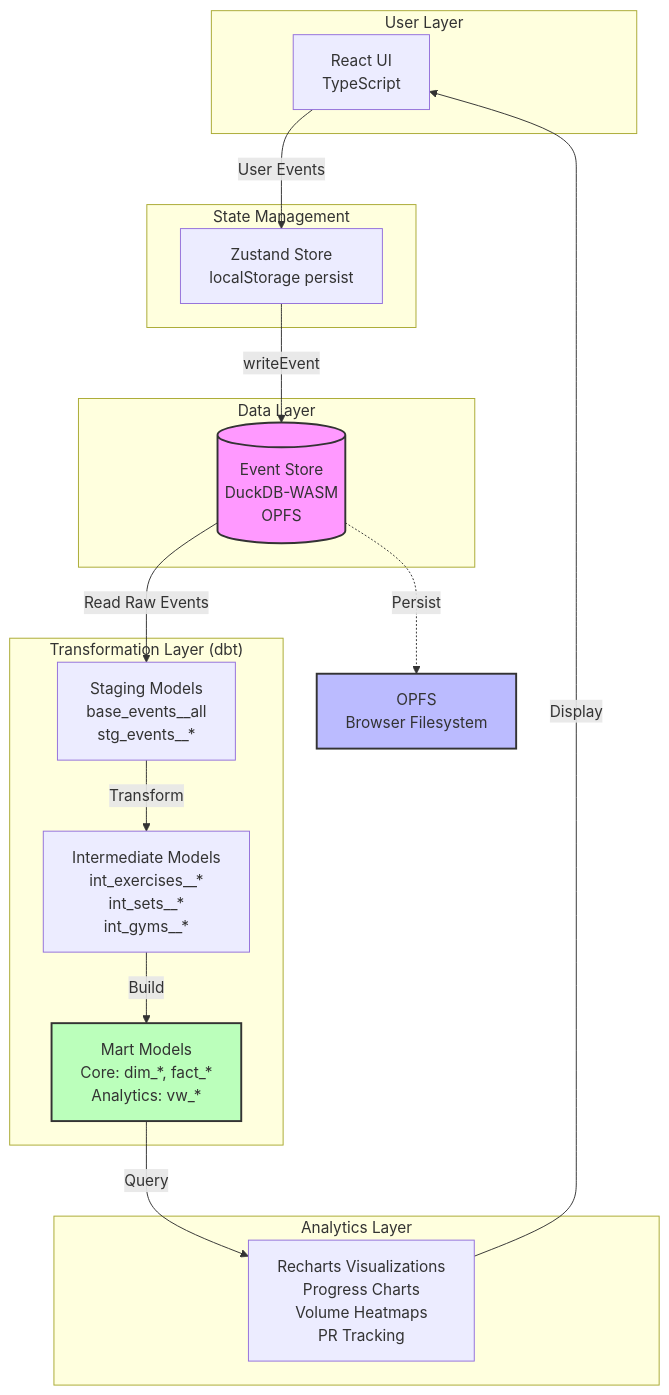
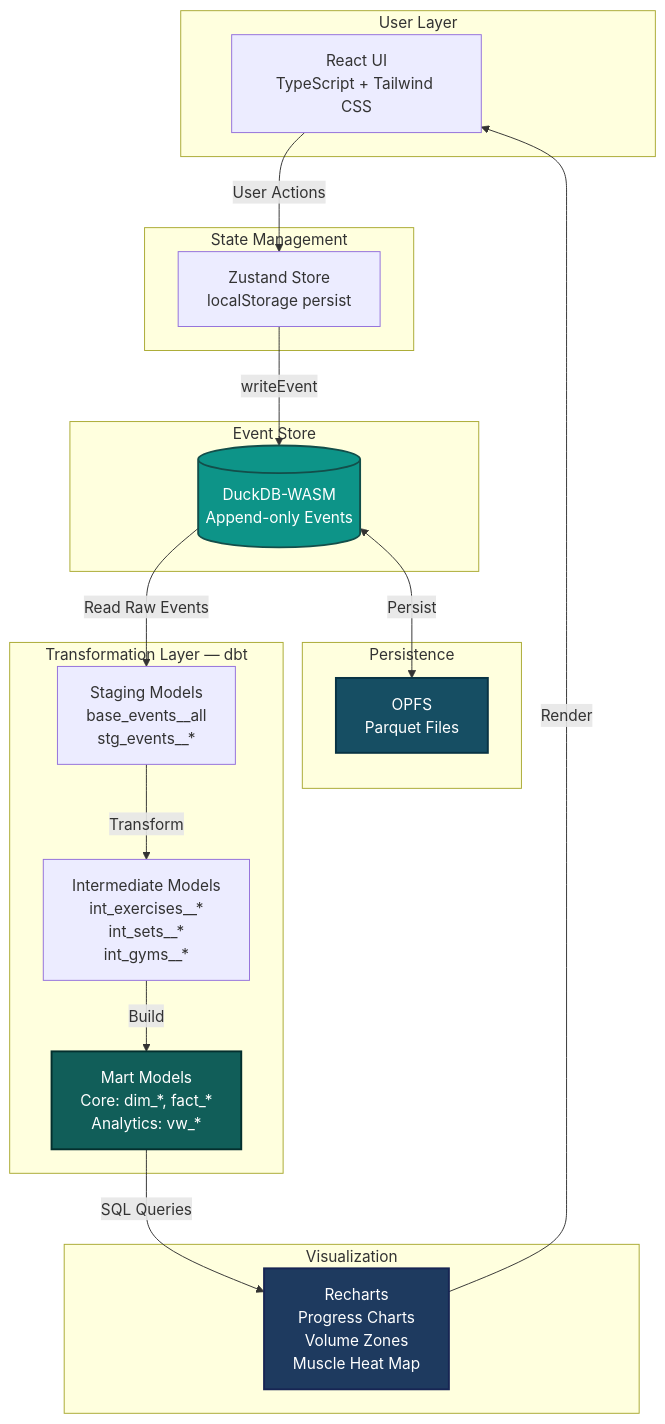
Before and after one commit to pedro-mesquita7/gymlog: the first of 2 diagrams in README.md, drawn with Mermaid. The commit also changed other lines of this file, not shown here.

````diff
--- a/README.md
+++ b/README.md
@@ -66,38 +70,42 @@
 ```mermaid
 graph TB
     subgraph "User Layer"
-        UI[React UI<br/>TypeScript]
+        UI[React UI<br/>TypeScript + Tailwind CSS]
     end
 
     subgraph "State Management"
         Zustand[Zustand Store<br/>localStorage persist]
     end
 
-    subgraph "Data Layer"
-        EventStore[(Event Store<br/>DuckDB-WASM<br/>OPFS)]
+    subgraph "Event Store"
+        DuckDB[(DuckDB-WASM<br/>Append-only Events)]
     end
 
-    subgraph "Transformation Layer (dbt)"
+    subgraph "Persistence"
+        OPFS[OPFS<br/>Parquet Files]
+    end
+
+    subgraph "Transformation Layer — dbt"
         Staging[Staging Models<br/>base_events__all<br/>stg_events__*]
         Intermediate[Intermediate Models<br/>int_exercises__*<br/>int_sets__*<br/>int_gyms__*]
         Marts[Mart Models<br/>Core: dim_*, fact_*<br/>Analytics: vw_*]
     end
 
-    subgraph "Analytics Layer"
-        Charts[Recharts Visualizations<br/>Progress Charts<br/>Volume Heatmaps<br/>PR Tracking]
+    subgraph "Visualization"
+        Charts[Recharts<br/>Progress Charts<br/>Volume Zones<br/>Muscle Heat Map]
     end
 
-    UI -->|User Events| Zustand
-    Zustand -->|writeEvent| EventStore
-    EventStore -->|Read Raw Events| Staging
+    UI -->|User Actions| Zustand
+    Zustand -->|writeEvent| DuckDB
+    DuckDB <-->|Persist| OPFS
+    DuckDB -->|Read Raw Events| Staging
     Staging -->|Transform| Intermediate
     Intermediate -->|Build| Marts
-    Marts -->|Query| Charts
-    Charts -->|Display| UI
+    Marts -->|SQL Queries| Charts
+    Charts -->|Render| UI
 
-    EventStore -.->|Persist| OPFS[OPFS<br/>Browser Filesystem]
-
-    style EventStore fill:#f9f,stroke:#333,stroke-width:2px
-    style OPFS fill:#bbf,stroke:#333,stroke-width:2px
-    style Marts fill:#bfb,stroke:#333,stroke-width:2px
+    style DuckDB fill:#0d9488,stroke:#134e4a,stroke-width:2px,color:#fff
+    style OPFS fill:#164e63,stroke:#083344,stroke-width:2px,color:#fff
+    style Marts fill:#115e59,stroke:#042f2e,stroke-width:2px,color:#fff
+    style Charts fill:#1e3a5f,stroke:#172554,stroke-width:2px,color:#fff
 ```
````
